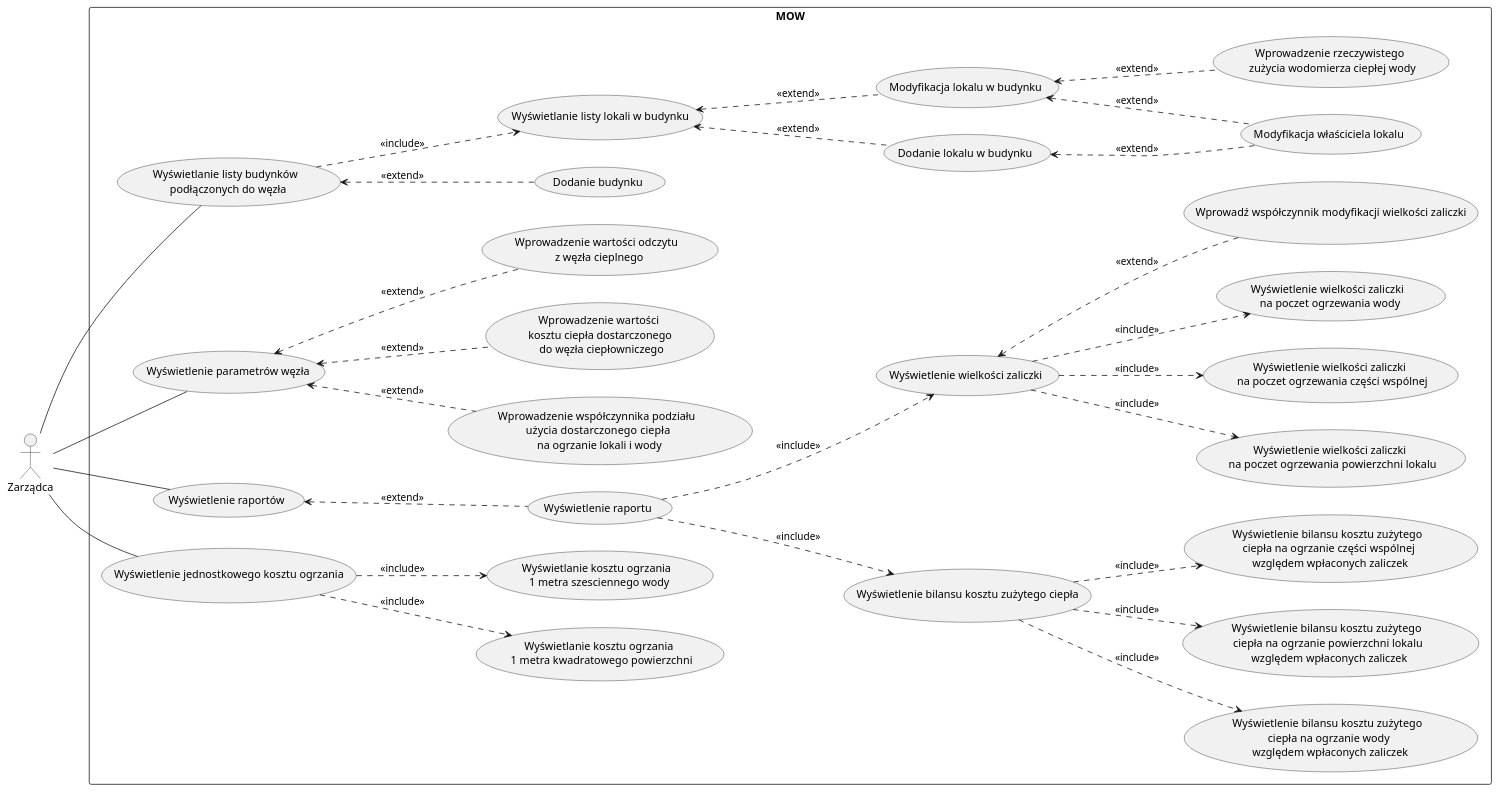
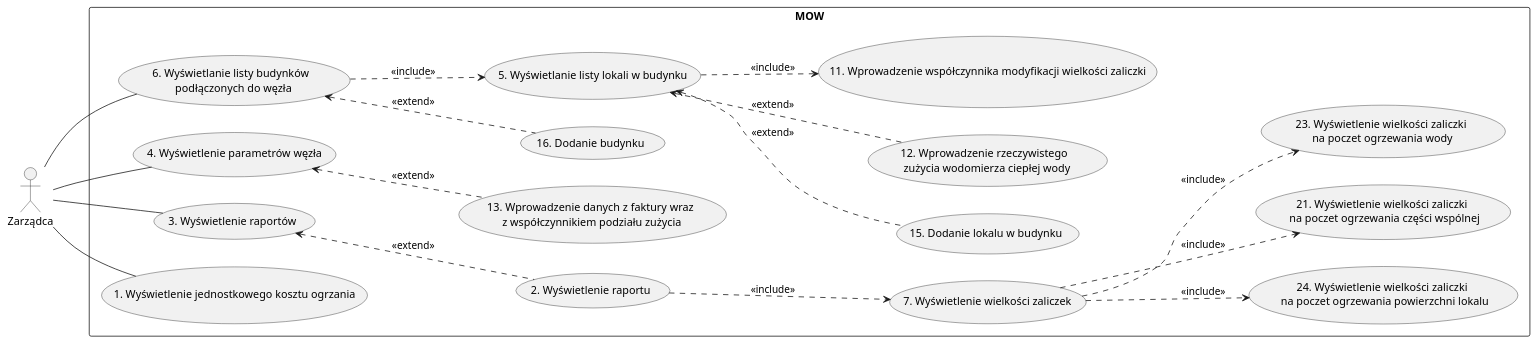
The diagram in src/main/resources/MOW/diagramPrzypadkowUzyciaMOWZarzadca.puml (malinowskaMM/Heat-billing-system-SSBD---UML-diagrams), drawn with PlantUML before and after one commit.

Commit message:
diagramy przypadków użycia mow

```diff
--- a/src/main/resources/MOW/diagramPrzypadkowUzyciaMOWZarzadca.puml
+++ b/src/main/resources/MOW/diagramPrzypadkowUzyciaMOWZarzadca.puml
@@ -1,68 +1,48 @@
   @startuml
     left to right direction
     actor Zarządca as z
 
     rectangle MOW {
-    usecase "Dodanie budynku" as MOW3
-    usecase "Dodanie lokalu w budynku" as MOW4
-    usecase "Wprowadzenie wartości odczytu \n z węzła cieplnego" as MOW1
-    usecase "Wprowadzenie współczynnika podziału \n użycia  dostarczonego ciepła \n na ogrzanie lokali i wody" as MOW2
-    usecase "Modyfikacja lokalu w budynku" as MOW5
-    usecase "Wprowadzenie wartości \n kosztu ciepła dostarczonego \n do węzła ciepłowniczego" as MOW6
-    usecase "Wyświetlenie wielkości zaliczki \n na poczet ogrzewania powierzchni lokalu" as MOW12
-    usecase "Wyświetlenie wielkości zaliczki \n na poczet ogrzewania części wspólnej" as MOW12A
-    usecase "Wyświetlenie wielkości zaliczki \n na poczet ogrzewania wody" as MOW13
-    usecase "Wprowadzenie rzeczywistego \n zużycia wodomierza ciepłej wody" as MOW14
-    usecase "Wyświetlenie bilansu kosztu zużytego ciepła" as MOW16
-    usecase "Wyświetlenie bilansu kosztu zużytego \n ciepła na ogrzanie powierzchni lokalu \n względem wpłaconych zaliczek" as MOW8
-    usecase "Wyświetlenie bilansu kosztu zużytego \n ciepła na ogrzanie części wspólnej \n względem wpłaconych zaliczek" as MOW9
-    usecase "Wyświetlenie bilansu kosztu zużytego \n ciepła na ogrzanie wody \n względem wpłaconych zaliczek" as MOW10
-    usecase "Wyświetlenie wielkości zaliczki" as MOW17
-    usecase "Wprowadź współczynnik modyfikacji wielkości zaliczki" as MOW18
-    usecase "Wyświetlanie listy budynków \n podłączonych do węzła" as MOW19
-    usecase "Wyświetlanie listy lokali w budynku" as MOW20
-    usecase "Wyświetlenie parametrów węzła" as MOW21
-    usecase "Wyświetlenie raportu" as MOW22
-    usecase "Wyświetlanie kosztu ogrzania \n 1 metra kwadratowego powierzchni" as MOW24
-    usecase "Wyświetlanie kosztu ogrzania \n 1 metra szesciennego wody" as MOW25
-    usecase "Wyświetlenie raportów" as MOW26
-    usecase "Wyświetlenie jednostkowego kosztu ogrzania" as MOW27
-    usecase "Modyfikacja właściciela lokalu" as MOW28
+    usecase "16. Dodanie budynku" as MOW136
+    usecase "15. Dodanie lokalu w budynku" as MOW135
+    usecase "13. Wprowadzenie danych z faktury wraz\n z współczynnikiem podziału zużycia" as MOW13
+    usecase "5. Modyfikowanie lokalu w budynku" as MOW5
+    usecase "24. Wyświetlenie wielkości zaliczki \n na poczet ogrzewania powierzchni lokalu" as MOW24
+    usecase "21. Wyświetlenie wielkości zaliczki \n na poczet ogrzewania części wspólnej" as MOW21
+    usecase " 23. Wyświetlenie wielkości zaliczki \n na poczet ogrzewania wody" as MOW23
+    usecase "12. Wprowadzenie rzeczywistego \n zużycia wodomierza ciepłej wody" as MOW12
+    usecase "7. Wyświetlenie wielkości zaliczek" as MOW7
+    usecase "11. Wprowadzenie współczynnika modyfikacji wielkości zaliczki" as MOW11
+    usecase "6. Wyświetlanie listy budynków \n podłączonych do węzła" as MOW6
+    usecase "5. Wyświetlanie listy lokali w budynku" as MOW5
+    usecase "4. Wyświetlenie parametrów węzła" as MOW4
+    usecase "2. Wyświetlenie raportu" as MOW2
+    usecase "3. Wyświetlenie raportów" as MOW3
+    usecase "1. Wyświetlenie jednostkowego kosztu ogrzania" as MOW1
     }
 
-  MOW19 <.. MOW3: <<extend>>
-  MOW20 <.. MOW4: <<extend>>
-  MOW20 <.. MOW5: <<extend>>
-  MOW21 <.. MOW1: <<extend>>
-  MOW21 <.. MOW2: <<extend>>
-  MOW21 <.. MOW6: <<extend>>
-  MOW5 <.. MOW14: <<extend>>
+  MOW6 <.. MOW136: <<extend>>
+  MOW5 <.. MOW135: <<extend>>
+  MOW4 <.. MOW13: <<extend>>
+  MOW5 <.. MOW12: <<extend>>
 
-  MOW22 ..> MOW16: <<include>>
-  MOW22 ..> MOW17: <<include>>
-  MOW26 <.. MOW22: <<extend>>
-  MOW27 ..> MOW24: <<include>>
-  MOW27 ..> MOW25: <<include>>
+  MOW2 ..> MOW7: <<include>>
+  MOW3 <.. MOW2: <<extend>>
 
-  MOW16 ..> MOW8: <<include>>
-  MOW16 ..> MOW9: <<include>>
-  MOW16 ..> MOW10: <<include>>
+  MOW7 ..> MOW24: <<include>>
+  MOW7 ..> MOW21: <<include>>
+  MOW7 ..> MOW23: <<include>>
 
-  MOW17 ..> MOW12: <<include>>
-  MOW17 ..> MOW12A: <<include>>
-  MOW17 ..> MOW13: <<include>>
-  MOW17 <.. MOW18: <<extend>>
-
-  MOW19 ..> MOW20: <<include>>
-  MOW4 <.. MOW28: <<extend>>
-  MOW5 <.. MOW28: <<extend>>
+  MOW6 ..> MOW5: <<include>>
+  MOW5 ..> MOW11: <<include>>
 
 
 
-    z -- MOW26
-    z -- MOW21
-    z -- MOW19
 
-    z -- MOW27
+    z -- MOW3
+    z -- MOW4
+    z -- MOW6
+
+    z -- MOW1
 
     @enduml
```
